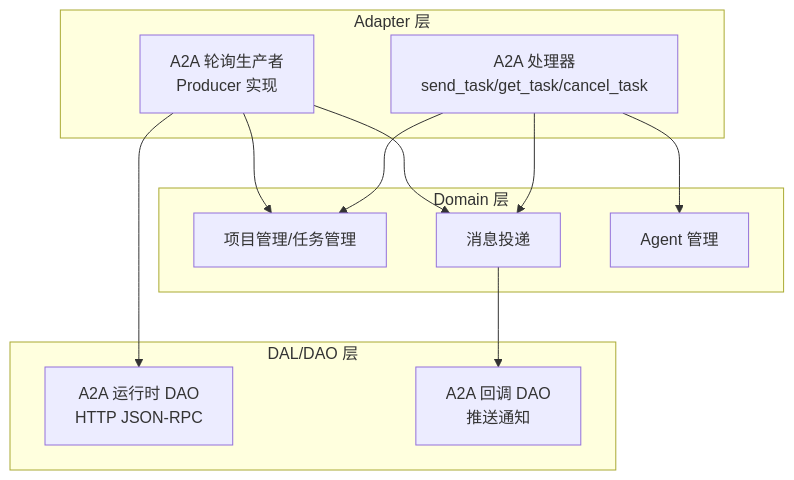
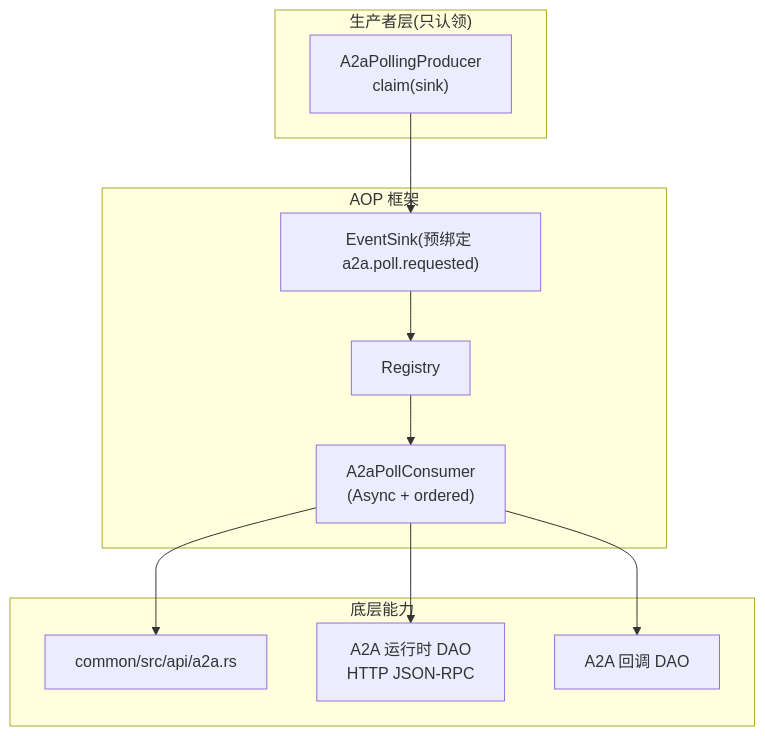
One commit to runningcoders/ai_orz changed the first of 4 diagrams in docs/wiki/zh/content/基础设施/AOP 事件系统/事件生产者/A2A 轮询生产者.md. Above: the diagram before and after it, drawn with Mermaid. The commit also changed other lines of this file and 37 other files, not shown here.

````diff
--- a/docs/wiki/zh/content/基础设施/AOP 事件系统/事件生产者/A2A 轮询生产者.md
+++ b/docs/wiki/zh/content/基础设施/AOP 事件系统/事件生产者/A2A 轮询生产者.md
@@ -42,23 +51,22 @@
 ```mermaid
 graph TB
-subgraph "Adapter 层"
-H1["A2A 处理器<br/>send_task/get_task/cancel_task"]
-P1["A2A 轮询生产者<br/>Producer 实现"]
+subgraph "生产者层(只认领)"
+P1["A2aPollingProducer<br/>claim(sink)"]
 end
-subgraph "Domain 层"
-D1["项目管理/任务管理"]
-D2["消息投递"]
-D3["Agent 管理"]
+subgraph "AOP 框架"
+SINK["EventSink(预绑定 a2a.poll.requested)"]
+REG["Registry"]
+CONS["A2aPollConsumer<br/>(Async + ordered)"]
 end
-subgraph "DAL/DAO 层"
-L1["A2A 运行时 DAO<br/>HTTP JSON-RPC"]
-L2["A2A 回调 DAO<br/>推送通知"]
+subgraph "底层能力"
+API["common/src/api/a2a.rs"]
+DAO["A2A 运行时 DAO<br/>HTTP JSON-RPC"]
+CB["A2A 回调 DAO"]
 end
-H1 --> D1
-H1 --> D2
-H1 --> D3
-P1 --> D1
-P1 --> D2
-P1 --> L1
-D2 --> L2
+P1 --> SINK
+SINK --> REG
+REG --> CONS
+CONS --> API
+CONS --> DAO
+CONS --> CB
 ```
````
